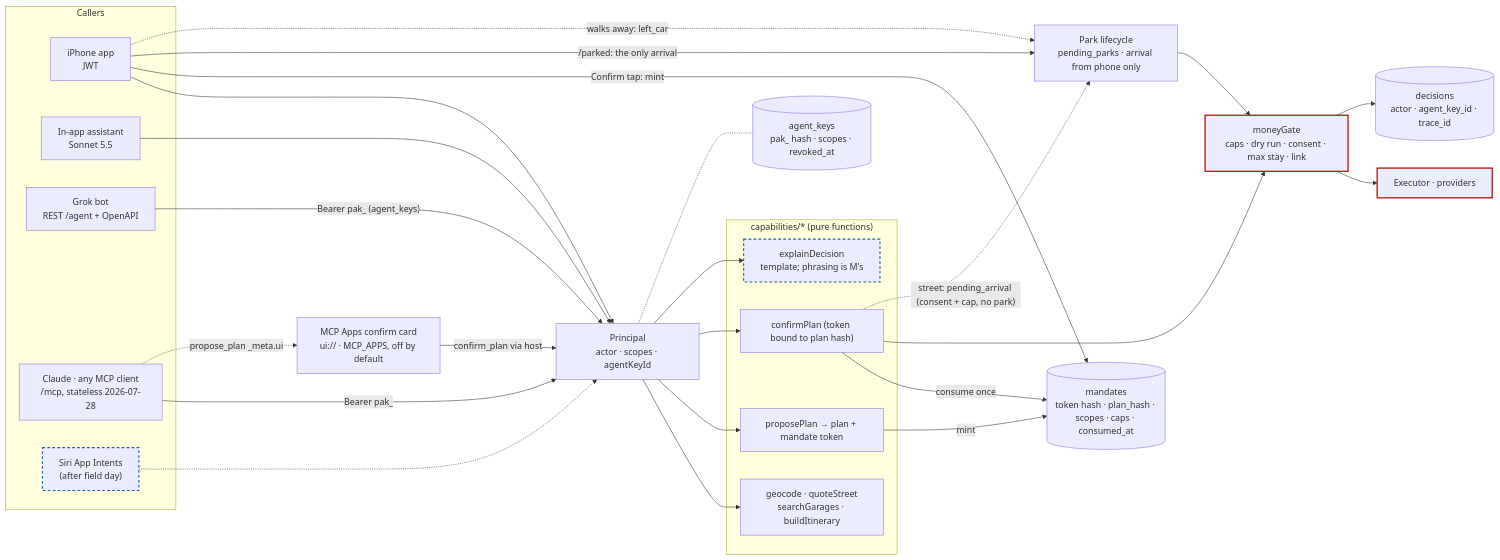
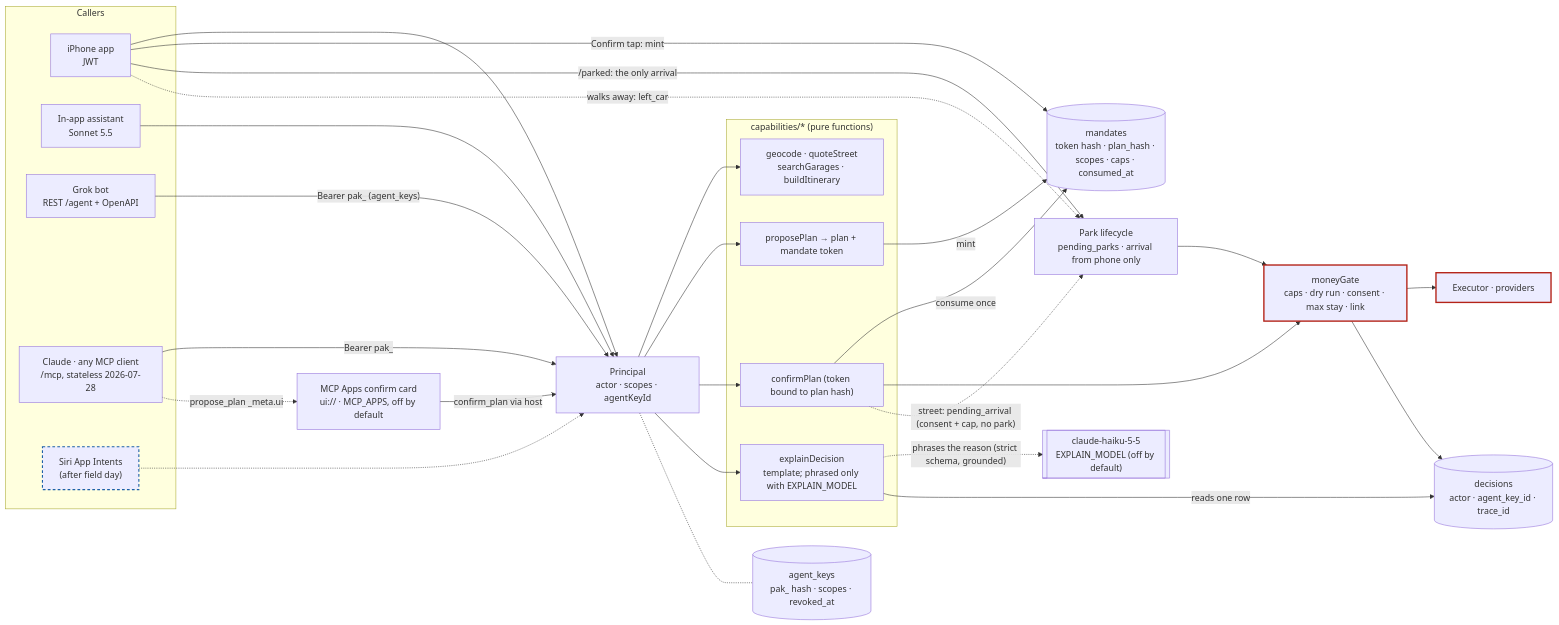
Before and after one commit to thomasbardhi01/parkagent: the third of 4 diagrams in docs/architecture.md, drawn with Mermaid. The commit also changed 18 other files, not shown here.

First line of the commit message:
Why, phrased: EXPLAIN_MODEL behind a switch, in a strict schema, grounded (Issue M, part 2) (#266)

````diff
--- a/docs/architecture.md
+++ b/docs/architecture.md
@@ -121,54 +121,56 @@
 ```mermaid
 flowchart LR
   subgraph Callers
     APP["iPhone app<br/>JWT"]
     LOOP["In-app assistant<br/>Sonnet 5.5"]
     GROK["Grok bot<br/>REST /agent + OpenAPI"]
     CL["Claude · any MCP client<br/>/mcp, stateless 2026-07-28"]
     SIRI["Siri App Intents<br/>(after field day)"]
   end
 
   P["Principal<br/>actor · scopes · agentKeyId"]
 
   subgraph Cap["capabilities/* (pure functions)"]
     C1["geocode · quoteStreet<br/>searchGarages · buildItinerary"]
     C2["proposePlan → plan + mandate token"]
     C3["confirmPlan (token bound to plan hash)"]
-    C4["explainDecision<br/>template; phrasing is M's"]
+    C4["explainDecision<br/>template; phrased only with EXPLAIN_MODEL"]
   end
 
   GATE["moneyGate<br/>caps · dry run · consent · max stay · link"]
   LIFE["Park lifecycle<br/>pending_parks · arrival from phone only"]
   EXE["Executor · providers"]
   DEC[("decisions<br/>actor · agent_key_id · trace_id")]
   KEYS[("agent_keys<br/>pak_ hash · scopes · revoked_at")]
   MAND[("mandates<br/>token hash · plan_hash · scopes · caps · consumed_at")]
   CARD["MCP Apps confirm card<br/>ui:// · MCP_APPS, off by default"]
 
   APP --> P
   LOOP --> P
   GROK -- "Bearer pak_ (agent_keys)" --> P
   CL -- "Bearer pak_" --> P
   CL -. "propose_plan _meta.ui" .-> CARD
   CARD -- "confirm_plan via host" --> P
   SIRI -.-> P
   P --> C1 & C2 & C3
   P --> C4
   P -.- KEYS
   C2 -- "mint" --> MAND
   C3 -- "consume once" --> MAND
   APP -- "Confirm tap: mint" --> MAND
+  HAIKU[["claude-haiku-5-5<br/>EXPLAIN_MODEL (off by default)"]]
+  C4 -. "phrases the reason (strict schema, grounded)" .-> HAIKU
+  C4 -- "reads one row" --> DEC
   C3 --> GATE
   C3 -. "street: pending_arrival (consent + cap, no park)" .-> LIFE
   APP -- "/parked: the only arrival" --> LIFE
   LIFE --> GATE
   GATE --> EXE
   GATE --> DEC
   APP -. "walks away: left_car" .-> LIFE
 
   classDef money stroke:#b42318,stroke-width:2.5px
   classDef planned stroke:#1d5fa8,stroke-width:2px,stroke-dasharray:5 4
   class GATE,EXE money
   class SIRI planned
-  class C4 planned
 ```
````
